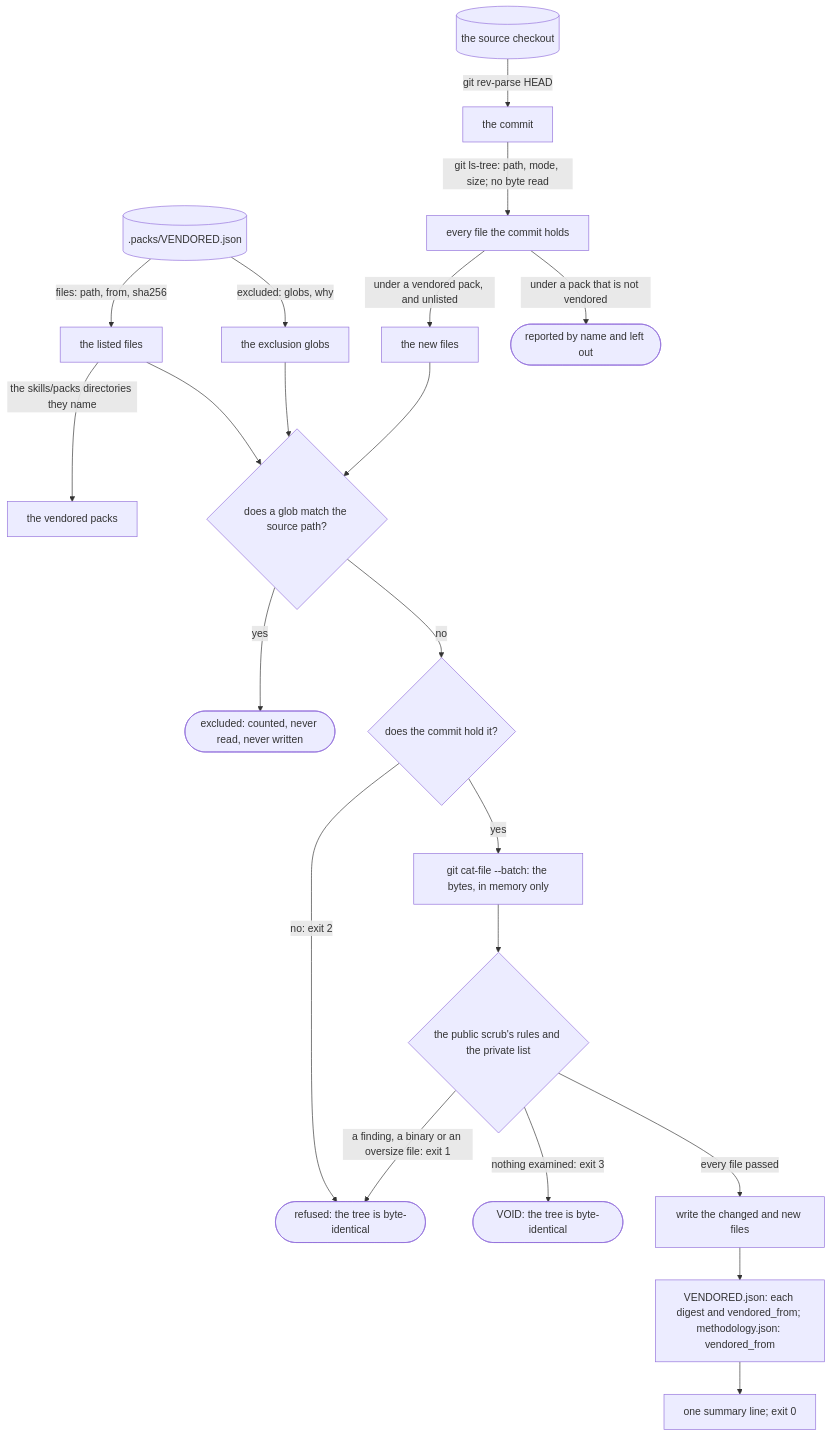
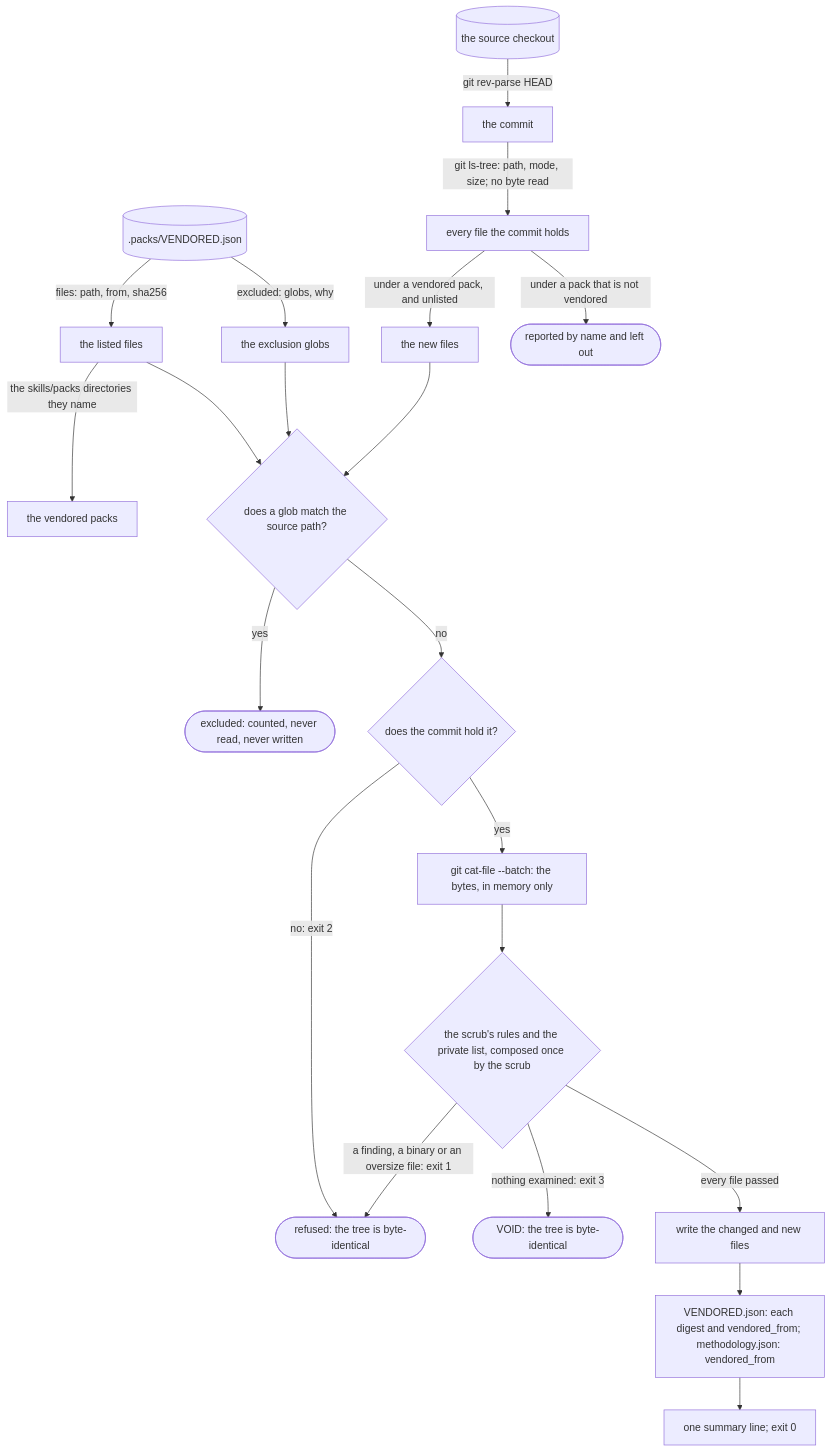
The diagram in docs/schematics/pack-vendoring.md (RexRenatus/deck-streak), drawn with Mermaid before and after one commit. The commit also changed other lines of this file and 2 other files, not shown here.

Commit message:
docs(schematics): the box run reads issue state; one scrub composition

````diff
--- a/docs/schematics/pack-vendoring.md
+++ b/docs/schematics/pack-vendoring.md
@@ -8,23 +9,23 @@
 ```mermaid
 flowchart TD
   manifest[(.packs/VENDORED.json)] -->|files: path, from, sha256| listed[the listed files]
   manifest -->|excluded: globs, why| globs[the exclusion globs]
   source[(the source checkout)] -->|git rev-parse HEAD| commit[the commit]
   commit -->|git ls-tree: path, mode, size; no byte read| tree[every file the commit holds]
   listed -->|the skills/packs directories they name| packs[the vendored packs]
   tree -->|under a vendored pack, and unlisted| new[the new files]
   tree -->|under a pack that is not vendored| leftout([reported by name and left out])
   listed --> match{does a glob match the source path?}
   new --> match
   globs --> match
   match -->|yes| excluded([excluded: counted, never read, never written])
   match -->|no| lacks{does the commit hold it?}
   lacks -->|no: exit 2| refused([refused: the tree is byte-identical])
   lacks -->|yes| read[git cat-file --batch: the bytes, in memory only]
-  read --> scan{the public scrub's rules and the private list}
+  read --> scan{the scrub's rules and the private list, composed once by the scrub}
   scan -->|a finding, a binary or an oversize file: exit 1| refused
   scan -->|nothing examined: exit 3| void([VOID: the tree is byte-identical])
   scan -->|every file passed| write[write the changed and new files]
   write --> pin[VENDORED.json: each digest and vendored_from; methodology.json: vendored_from]
   pin --> line[one summary line; exit 0]
 ```
````
